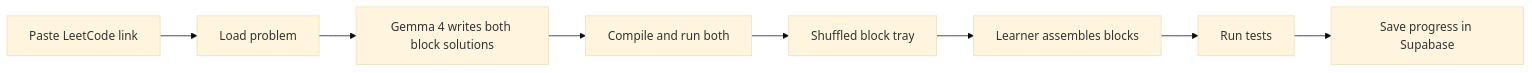
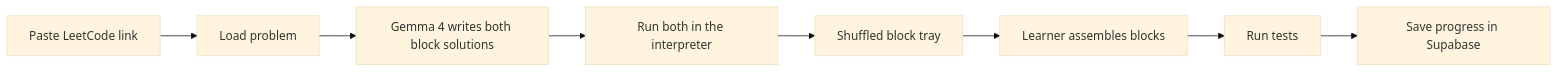
One commit to Zaku-Seven/LeetBloc changed the diagram in DESIGN.md. Above: the diagram before and after it, drawn with Mermaid (base theme). The commit also changed other lines of this file and 49 other files, not shown here.

````diff
--- a/DESIGN.md
+++ b/DESIGN.md
@@ -15,10 +15,10 @@
 ```mermaid
 flowchart LR
   paste[Paste LeetCode link] --> fetch[Load problem]
   fetch --> gemma[Gemma 4 writes both block solutions]
-  gemma --> check[Compile and run both]
+  gemma --> check[Run both in the interpreter]
   check --> tray[Shuffled block tray]
   tray --> build[Learner assembles blocks]
   build --> grade[Run tests]
   grade --> progress[Save progress in Supabase]
 ```
````
